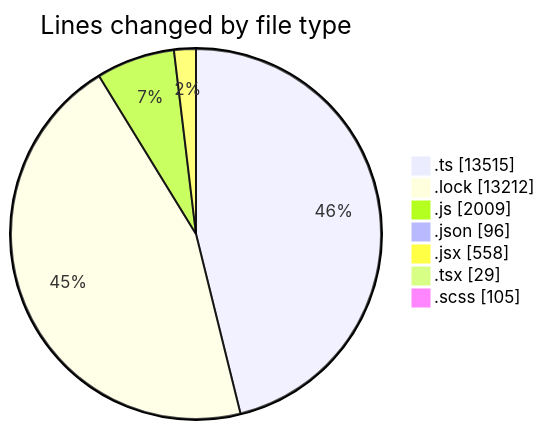
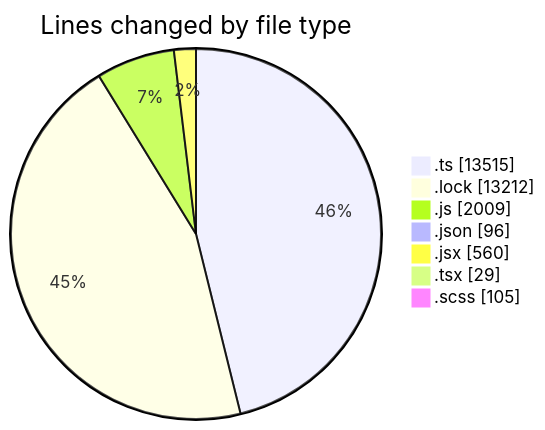
One commit to momahboobian/code-tracking changed the first of 2 diagrams in 2025-05-16/cda/README.md. Above: the diagram before and after it, drawn with Mermaid. The commit also changed other lines of this file and 1 other file, not shown here.

````diff
--- a/2025-05-16/cda/README.md
+++ b/2025-05-16/cda/README.md
@@ -38,11 +38,11 @@
 ```mermaid
 pie showData
 title Lines changed by file type
 ".ts" : 13515
 ".lock" : 13212
 ".js" : 2009
 ".json" : 96
-".jsx" : 558
+".jsx" : 560
 ".tsx" : 29
 ".scss" : 105
 ```
````
